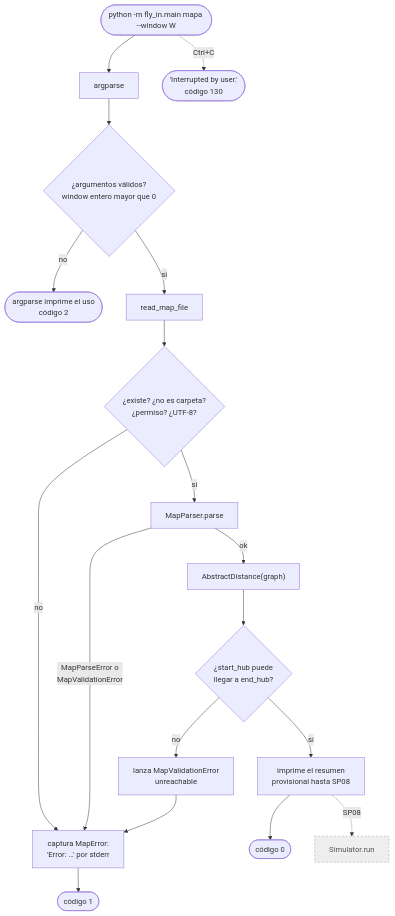
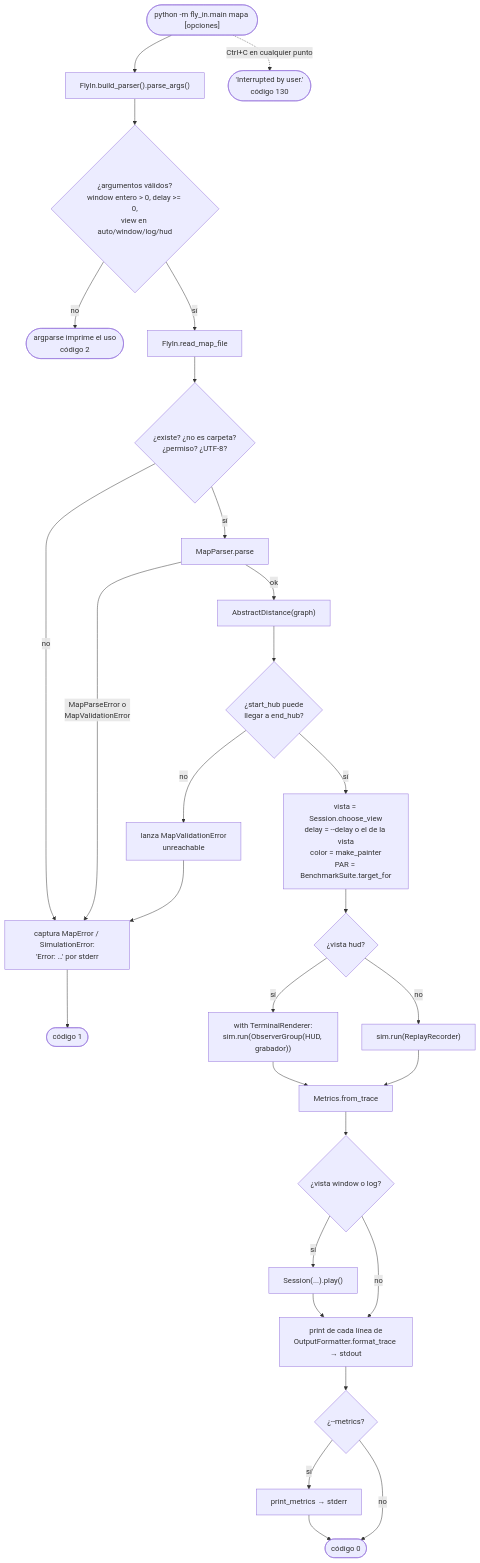
One commit to 0xARCOS/Fly-In changed diagram 24 of 55 in docs/07-diagramas.md. Above: the diagram before and after it, drawn with Mermaid. The commit also changed other lines of this file and 63 other files, not shown here.

First line of the commit message:
Add --color-output flag for colored trace output

````diff
--- a/docs/07-diagramas.md
+++ b/docs/07-diagramas.md
@@ -370,22 +881,30 @@
 ```mermaid
 flowchart TD
-    A(["python -m fly_in.main mapa --window W"]) --> B["argparse"]
-    B --> B1{"¿argumentos válidos?<br/>window entero mayor que 0"}
+    A(["python -m fly_in.main mapa [opciones]"]) --> B["FlyIn.build_parser().parse_args()"]
+    B --> B1{"¿argumentos válidos?<br/>window entero > 0, delay >= 0,<br/>view en auto/window/log/hud"}
     B1 -->|"no"| X2(["argparse imprime el uso<br/>código 2"])
-    B1 -->|"sí"| C["read_map_file"]
+    B1 -->|"sí"| C["FlyIn.read_map_file"]
     C --> C1{"¿existe? ¿no es carpeta?<br/>¿permiso? ¿UTF-8?"}
     C1 -->|"no"| ERR
     C1 -->|"sí"| D["MapParser.parse"]
     D -->|"MapParseError o<br/>MapValidationError"| ERR
     D -->|"ok"| E["AbstractDistance(graph)"]
     E --> F{"¿start_hub puede<br/>llegar a end_hub?"}
     F -->|"no"| E1["lanza MapValidationError<br/>unreachable"] --> ERR
-    F -->|"sí"| G["imprime el resumen<br/>provisional hasta SP08"]
-    G --> OK(["código 0"])
-    ERR["captura MapError:<br/>'Error: …' por stderr"] --> X1(["código 1"])
-    A -.->|"Ctrl+C"| KI(["'Interrupted by user.'<br/>código 130"])
-    G -.->|"SP08"| SIM["Simulator.run"]
-
-    classDef todo fill:#eeeeee,stroke:#999,color:#555,stroke-dasharray:4
-    class SIM todo
+    F -->|"sí"| V["vista = Session.choose_view<br/>delay = --delay o el de la vista<br/>color = make_painter<br/>PAR = BenchmarkSuite.target_for"]
+    V --> H{"¿vista hud?"}
+    H -->|"sí"| HUD["with TerminalRenderer:<br/>sim.run(ObserverGroup(HUD, grabador))"]
+    H -->|"no"| REC["sim.run(ReplayRecorder)"]
+    HUD --> MET["Metrics.from_trace"]
+    REC --> MET
+    MET --> SH{"¿vista window o log?"}
+    SH -->|"sí"| PLAY["Session(...).play()"]
+    SH -->|"no"| OUT
+    PLAY --> OUT["print de cada línea de<br/>OutputFormatter.format_trace → stdout"]
+    OUT --> M{"¿--metrics?"}
+    M -->|"sí"| MP["print_metrics → stderr"]
+    M -->|"no"| OK(["código 0"])
+    MP --> OK
+    ERR["captura MapError / SimulationError:<br/>'Error: …' por stderr"] --> X1(["código 1"])
+    A -.->|"Ctrl+C en cualquier punto"| KI(["'Interrupted by user.'<br/>código 130"])
 ```
````
